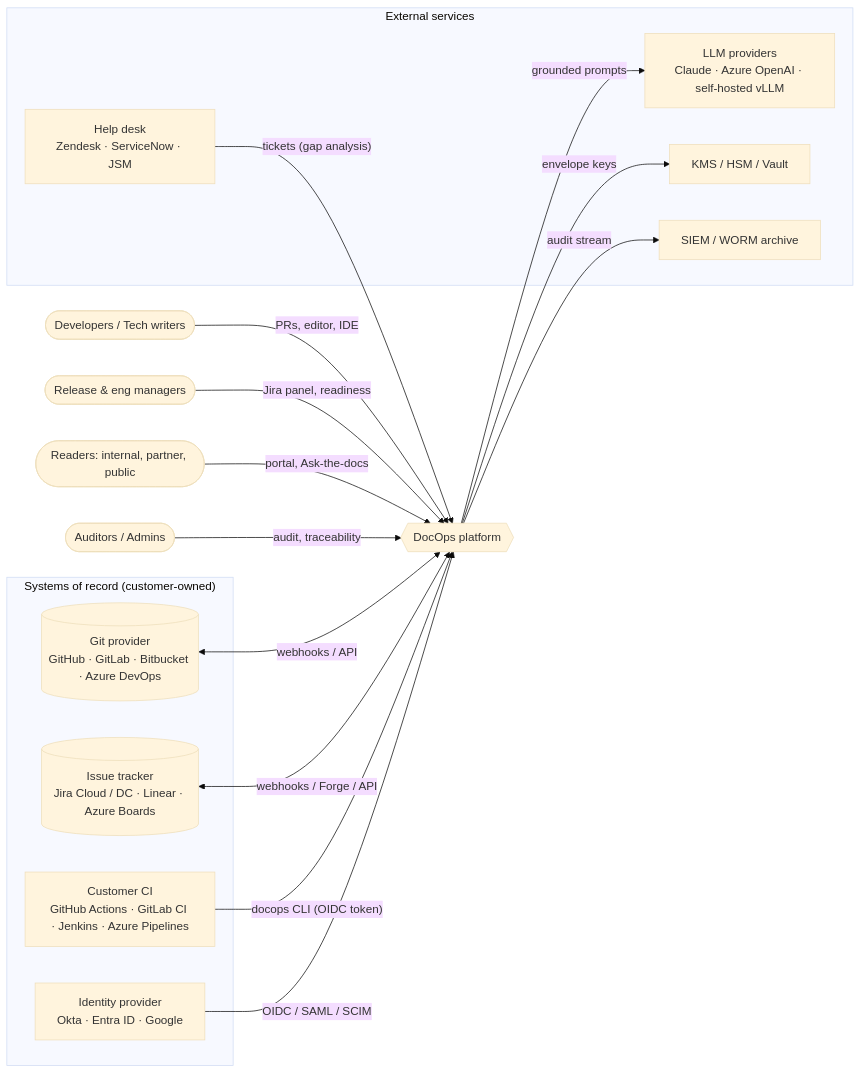
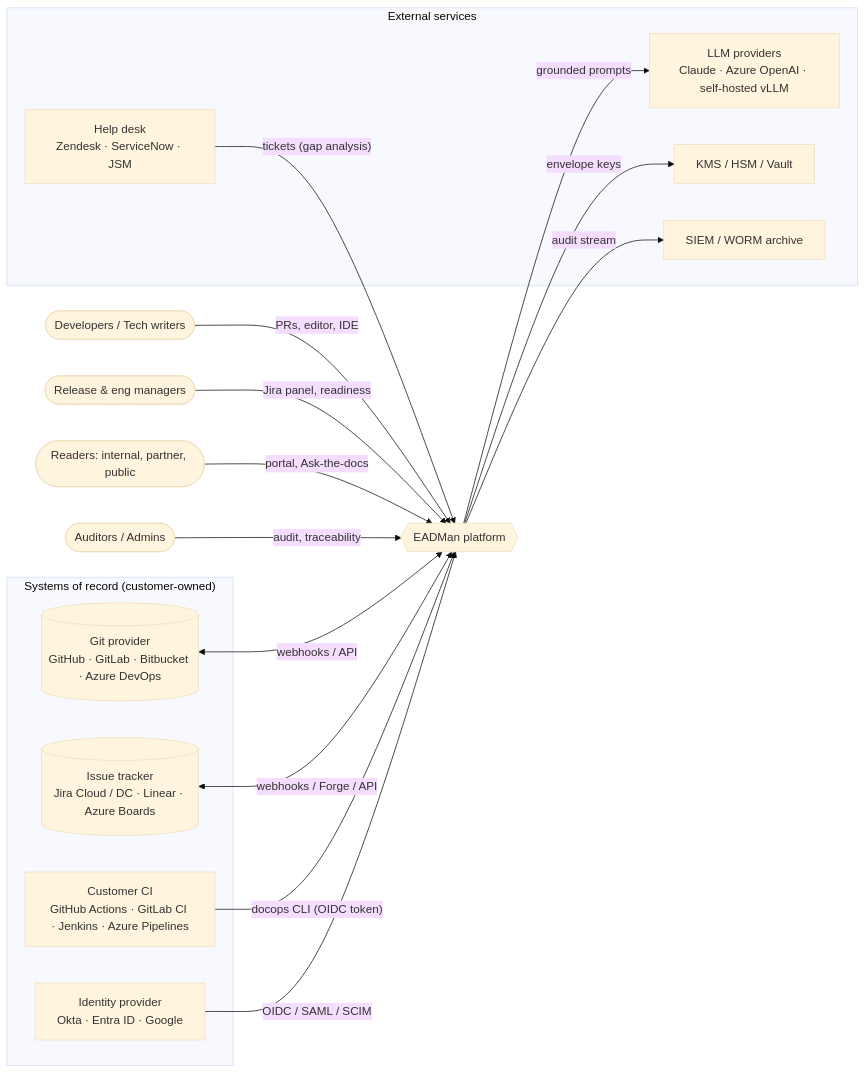
One commit to mdzaman/eadman changed the first of 7 diagrams in docs/02-system-architecture.md. Above: the diagram before and after it, drawn with Mermaid (base theme). The commit also changed other lines of this file and 70 other files, not shown here.

````diff
--- a/docs/02-system-architecture.md
+++ b/docs/02-system-architecture.md
@@ -26,36 +26,36 @@
 ```mermaid
 flowchart LR
   dev(["Developers / Tech writers"])
   rm(["Release & eng managers"])
   readers(["Readers: internal, partner, public"])
   aud(["Auditors / Admins"])
 
   subgraph sor["Systems of record (customer-owned)"]
     git[("Git provider<br/>GitHub · GitLab · Bitbucket · Azure DevOps")]
     trk[("Issue tracker<br/>Jira Cloud / DC · Linear · Azure Boards")]
     ci["Customer CI<br/>GitHub Actions · GitLab CI · Jenkins · Azure Pipelines"]
     idp["Identity provider<br/>Okta · Entra ID · Google"]
   end
 
-  docops{{"DocOps platform"}}
+  docops{{"EADMan platform"}}
 
   subgraph ext["External services"]
     llm["LLM providers<br/>Claude · Azure OpenAI · self-hosted vLLM"]
     kms["KMS / HSM / Vault"]
     siem["SIEM / WORM archive"]
     help["Help desk<br/>Zendesk · ServiceNow · JSM"]
   end
 
   dev -- "PRs, editor, IDE" --> docops
   rm -- "Jira panel, readiness" --> docops
   readers -- "portal, Ask-the-docs" --> docops
   aud -- "audit, traceability" --> docops
   git <-- "webhooks / API" --> docops
   trk <-- "webhooks / Forge / API" --> docops
   ci -- "docops CLI (OIDC token)" --> docops
   idp -- "OIDC / SAML / SCIM" --> docops
   docops -- "grounded prompts" --> llm
   docops -- "envelope keys" --> kms
   docops -- "audit stream" --> siem
   help -- "tickets (gap analysis)" --> docops
 ```
````
